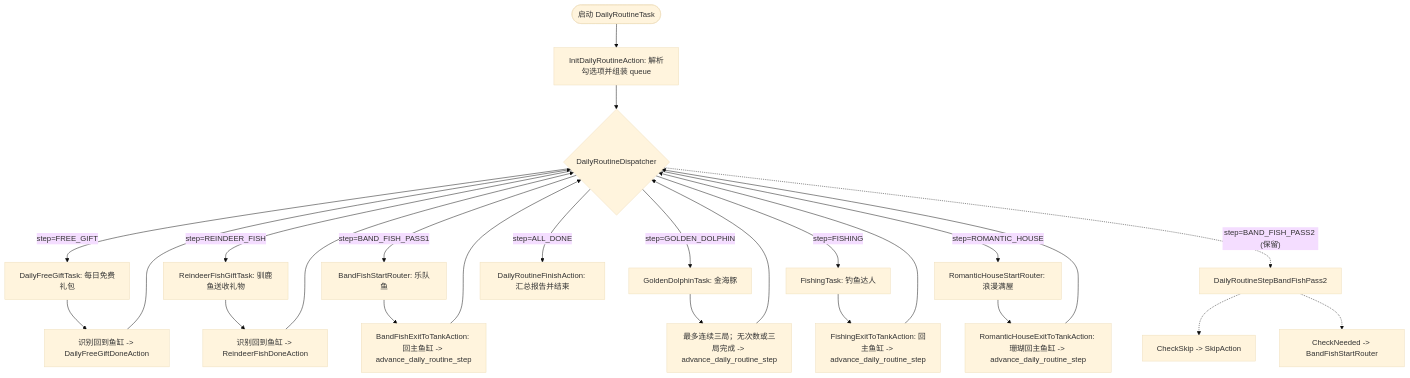
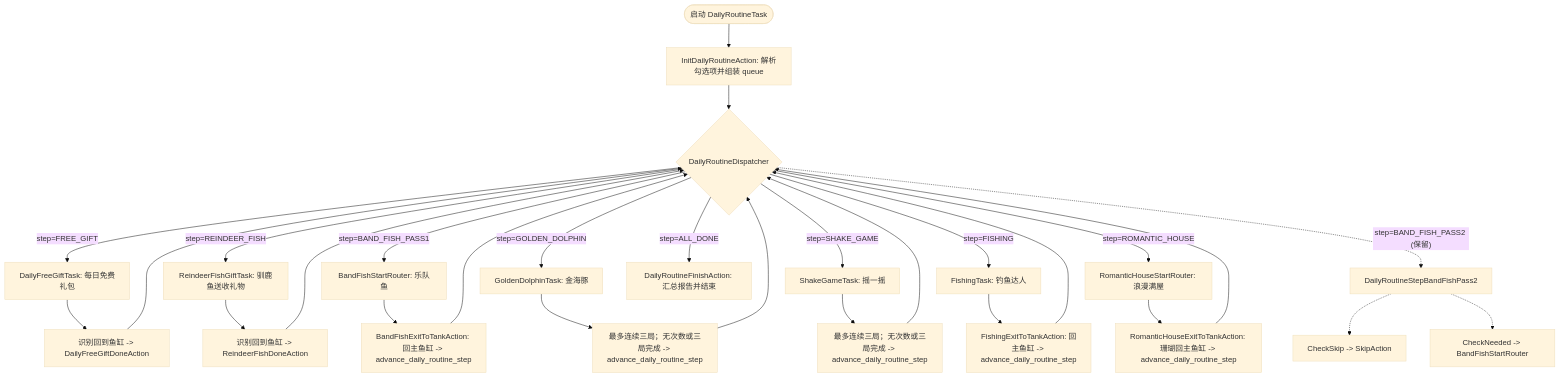
The diagram in docs/features/daily-routine.md (zhimaheiye/MaaHappyFish), drawn with Mermaid (base theme) before and after one commit. The commit also changed other lines of this file and 33 other files, not shown here.

````diff
--- a/docs/features/daily-routine.md
+++ b/docs/features/daily-routine.md
@@ -51,34 +53,37 @@
 ```mermaid
 flowchart TD
     Start([启动 DailyRoutineTask]) --> Init[InitDailyRoutineAction: 解析勾选项并组装 queue]
     Init --> Dispatcher{DailyRoutineDispatcher}
 
     %% 步骤分发
     Dispatcher -- step=FREE_GIFT --> FG[DailyFreeGiftTask: 每日免费礼包]
     Dispatcher -- step=REINDEER_FISH --> RF[ReindeerFishGiftTask: 驯鹿鱼送收礼物]
     Dispatcher -- step=BAND_FISH_PASS1 --> BF[BandFishStartRouter: 乐队鱼]
     Dispatcher -- step=GOLDEN_DOLPHIN --> GD[GoldenDolphinTask: 金海豚]
+    Dispatcher -- step=SHAKE_GAME --> SG[ShakeGameTask: 摇一摇]
     Dispatcher -- step=FISHING --> FI[FishingTask: 钓鱼达人]
     Dispatcher -- step=ROMANTIC_HOUSE --> RH[RomanticHouseStartRouter: 浪漫满屋]
     Dispatcher -- step=ALL_DONE --> Finish[DailyRoutineFinishAction: 汇总报告并结束]
 
     %% 退出与队列推进
     FG --> FG_Exit[识别回到鱼缸 -> DailyFreeGiftDoneAction]
     RF --> RF_Exit[识别回到鱼缸 -> ReindeerFishDoneAction]
     BF --> BF_Exit[BandFishExitToTankAction: 回主鱼缸 -> advance_daily_routine_step]
     GD --> GD_Exit[最多连续三局；无次数或三局完成 -> advance_daily_routine_step]
+    SG --> SG_Exit[最多连续三局；无次数或三局完成 -> advance_daily_routine_step]
     FI --> FI_Exit[FishingExitToTankAction: 回主鱼缸 -> advance_daily_routine_step]
     RH --> RH_Exit[RomanticHouseExitToTankAction: 珊瑚回主鱼缸 -> advance_daily_routine_step]
 
     FG_Exit --> Dispatcher
     RF_Exit --> Dispatcher
     BF_Exit --> Dispatcher
     GD_Exit --> Dispatcher
+    SG_Exit --> Dispatcher
     FI_Exit --> Dispatcher
     RH_Exit --> Dispatcher
 
     %% 保留的两阶段拓扑 (Pass 2)
     Dispatcher -. step=BAND_FISH_PASS2 (保留) .-> P2[DailyRoutineStepBandFishPass2]
     P2 -.-> P2_Skip[CheckSkip -> SkipAction]
     P2 -.-> P2_Run[CheckNeeded -> BandFishStartRouter]
 ```
````
